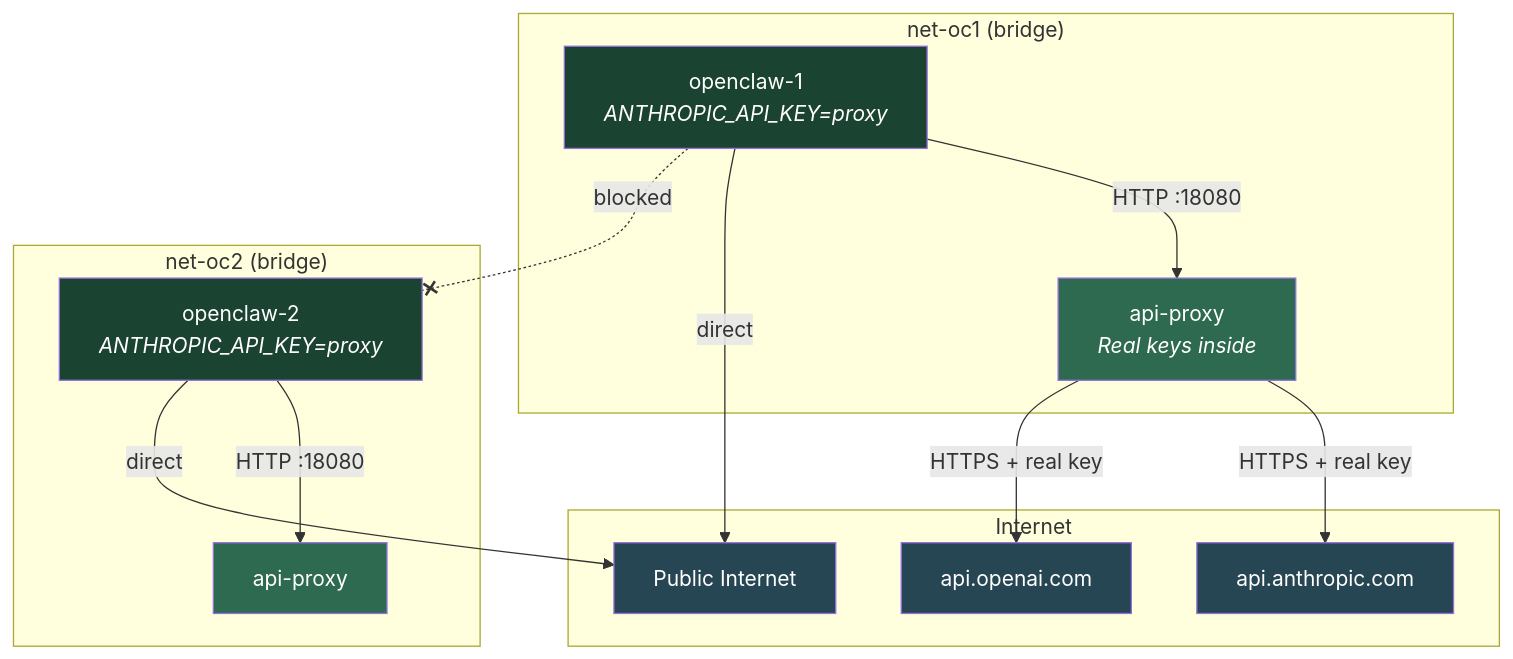
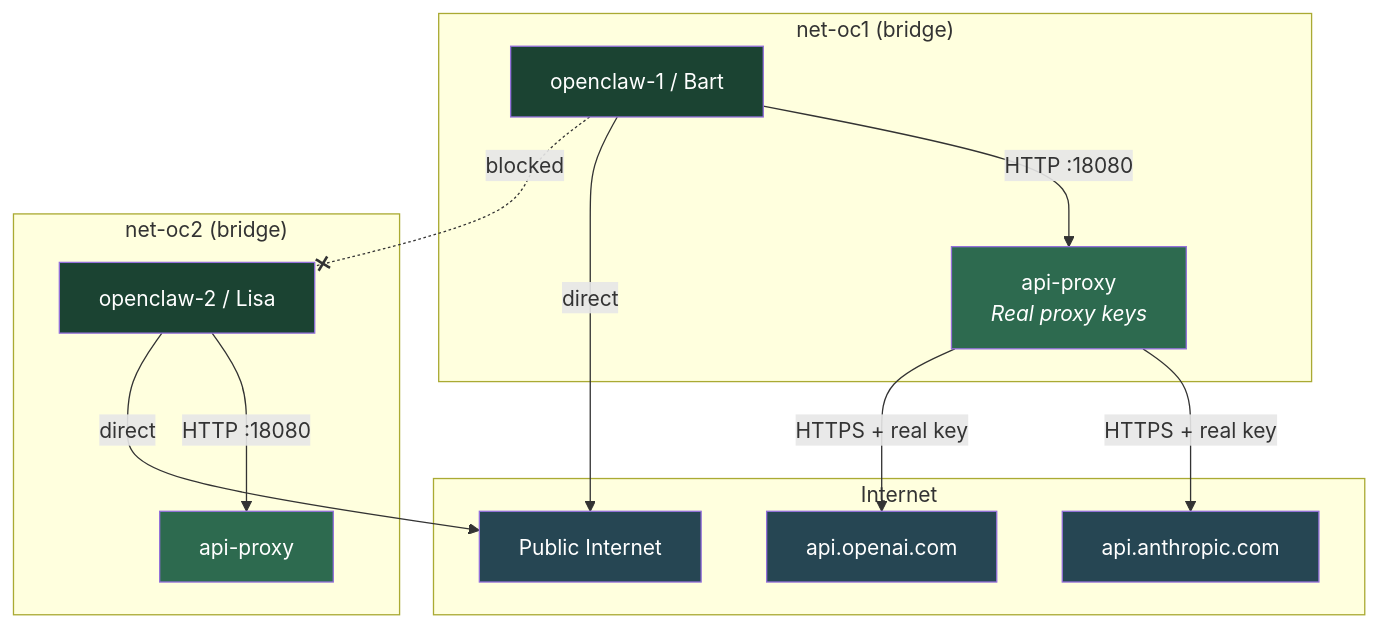
Before and after one commit to homercsimpson50/openclaw-containers: the fourth of 5 diagrams in docs/architecture.md, drawn with Mermaid. The commit also changed other lines of this file and 11 other files, not shown here.

````diff
--- a/docs/architecture.md
+++ b/docs/architecture.md
@@ -26,34 +90,34 @@
 ```mermaid
 graph TB
     subgraph Internet
         ANTH[api.anthropic.com]
         OAI[api.openai.com]
         WEB[Public Internet]
     end
 
     subgraph "net-oc1 (bridge)"
-        OC1[openclaw-1<br/><i>ANTHROPIC_API_KEY=proxy</i>]
-        P1[api-proxy<br/><i>Real keys inside</i>]
+        OC1[openclaw-1 / Bart]
+        P1[api-proxy<br/><i>Real proxy keys</i>]
     end
 
     subgraph "net-oc2 (bridge)"
-        OC2[openclaw-2<br/><i>ANTHROPIC_API_KEY=proxy</i>]
+        OC2[openclaw-2 / Lisa]
         P2[api-proxy]
     end
 
     OC1 -->|"HTTP :18080"| P1
     OC2 -->|"HTTP :18080"| P2
     P1 -->|"HTTPS + real key"| ANTH
     P1 -->|"HTTPS + real key"| OAI
     OC1 -->|"direct"| WEB
     OC2 -->|"direct"| WEB
     OC1 -.-x|"blocked"| OC2
 
     style P1 fill:#2d6a4f,color:#fff
     style P2 fill:#2d6a4f,color:#fff
     style OC1 fill:#1b4332,color:#fff
     style OC2 fill:#1b4332,color:#fff
     style ANTH fill:#264653,color:#fff
     style OAI fill:#264653,color:#fff
     style WEB fill:#264653,color:#fff
 ```
````
